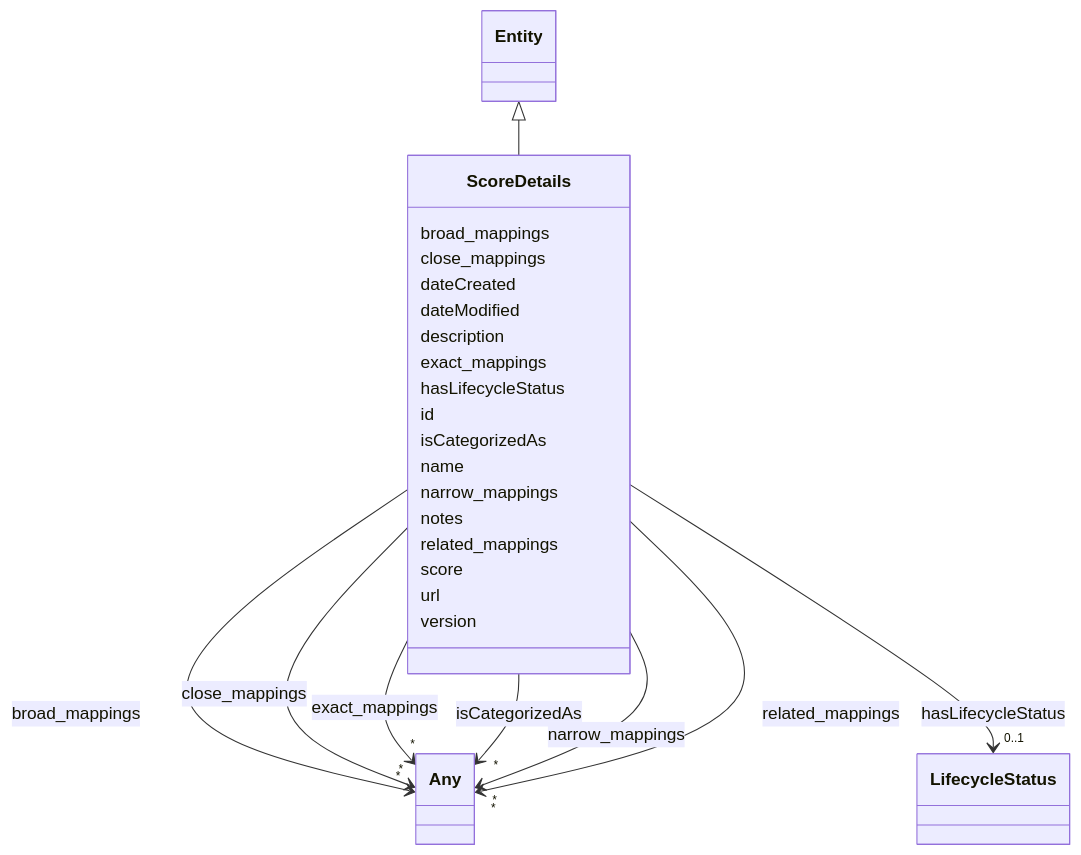
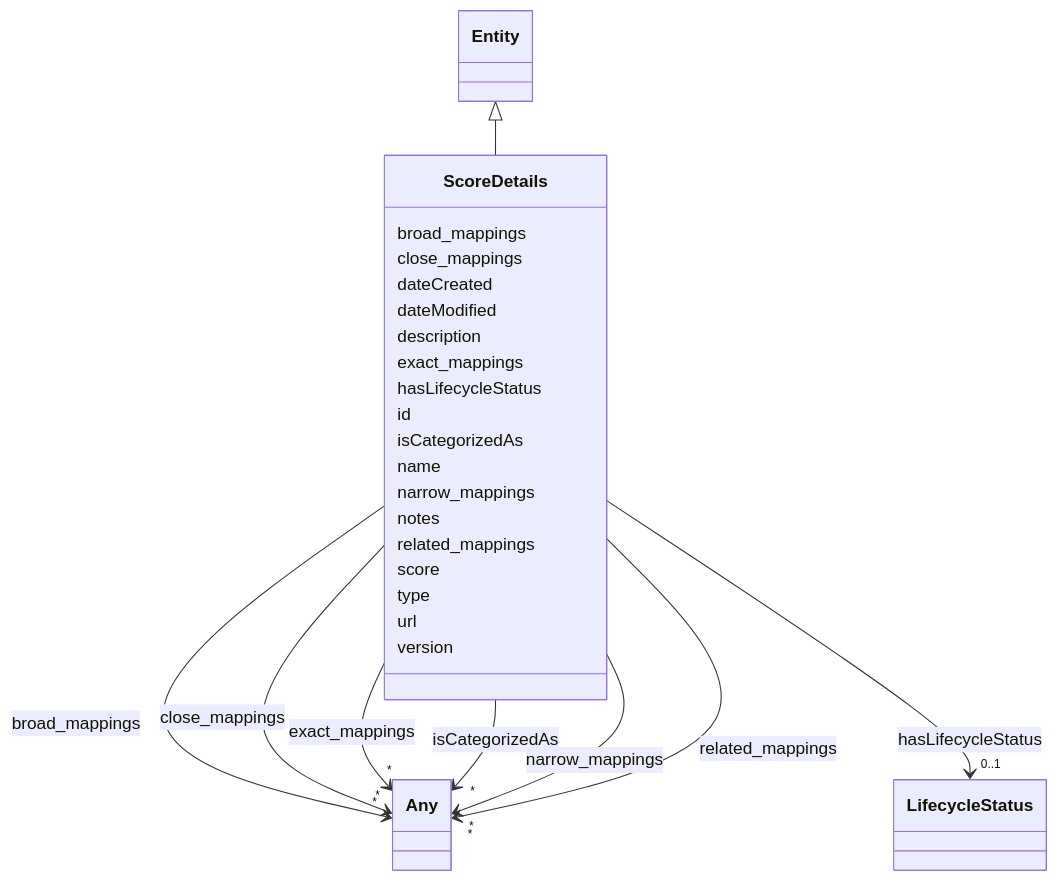
The diagram in docs/ontology/ScoreDetails.md (IBM/ai-atlas-nexus), drawn with Mermaid before and after one commit. The commit also changed other lines of this file and 151 other files, not shown here.

```diff
--- a/docs/ontology/ScoreDetails.md
+++ b/docs/ontology/ScoreDetails.md
@@ -109,6 +109,8 @@
 
       ScoreDetails : score
 
+      ScoreDetails : type
+
       ScoreDetails : url
 
       ScoreDetails : version
```
